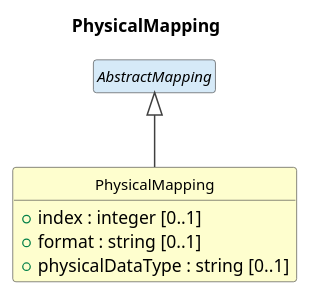
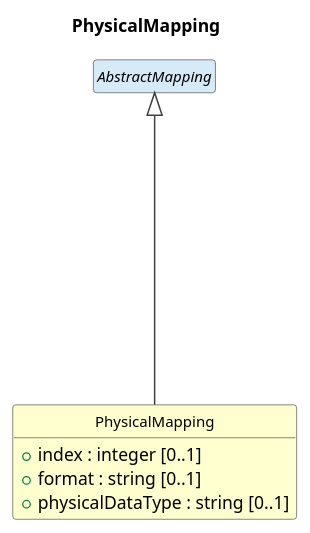
The diagram in cdif-uml-model/CDIFDataDescription/Classes/PhysicalMapping.pu (Cross-Domain-Interoperability-Framework/metadataBuildingBlocks), drawn with PlantUML before and after one commit. The commit also changed 1016 other files, not shown here.

First line of the commit message:
PlantUML: square the diagram aspect ratio (ranksep + nodesep + ortho)

```diff
--- a/cdif-uml-model/CDIFDataDescription/Classes/PhysicalMapping.pu
+++ b/cdif-uml-model/CDIFDataDescription/Classes/PhysicalMapping.pu
@@ -1,21 +1,24 @@
 @startuml
 title PhysicalMapping
 hide circle
 hide empty members
 skinparam shadowing false
 skinparam ArrowThickness 1.2
+skinparam ranksep 250
+skinparam nodesep 20
+skinparam linetype ortho
 skinparam class {
   ArrowColor #404040
   BorderColor #404040
   FontSize 12
 }
 
 class "PhysicalMapping" as PhysicalMapping #FEFECE {
   +index : integer [0..1]
   +format : string [0..1]
   +physicalDataType : string [0..1]
 }
 abstract class "AbstractMapping" as AbstractMapping #D6EAF8
 AbstractMapping <|-- PhysicalMapping
 
 @enduml
```
